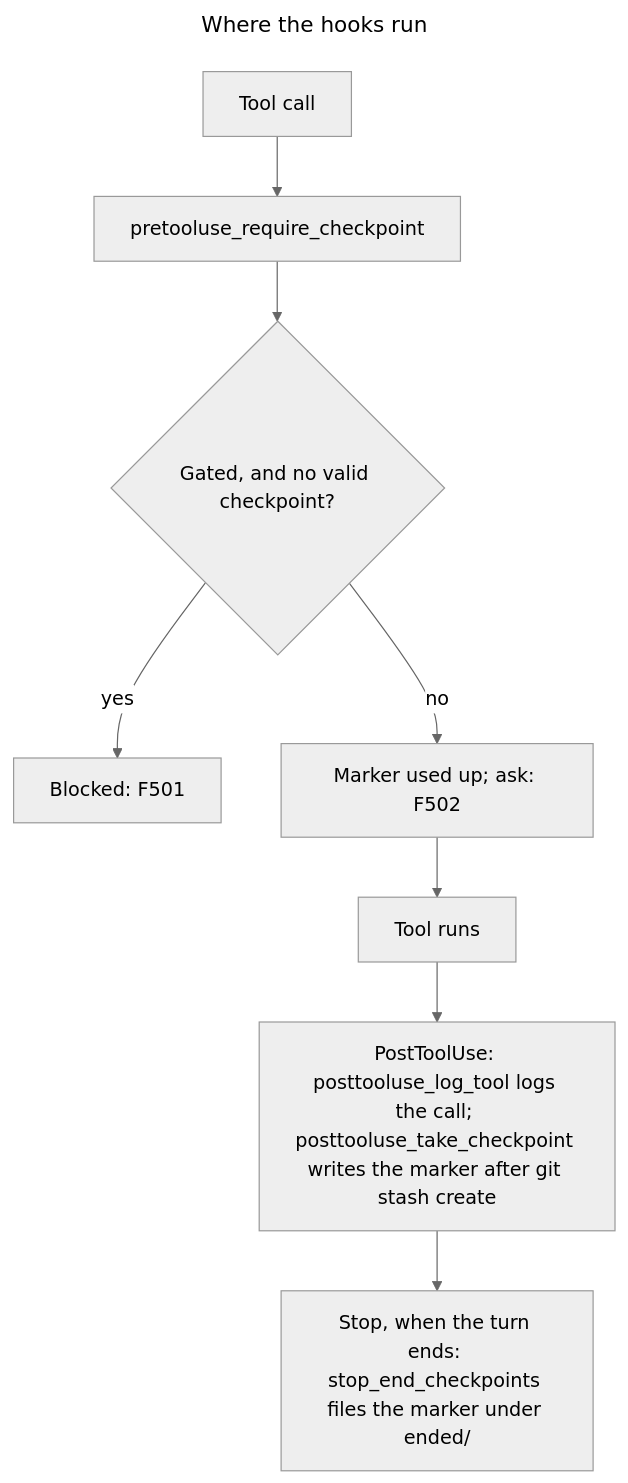
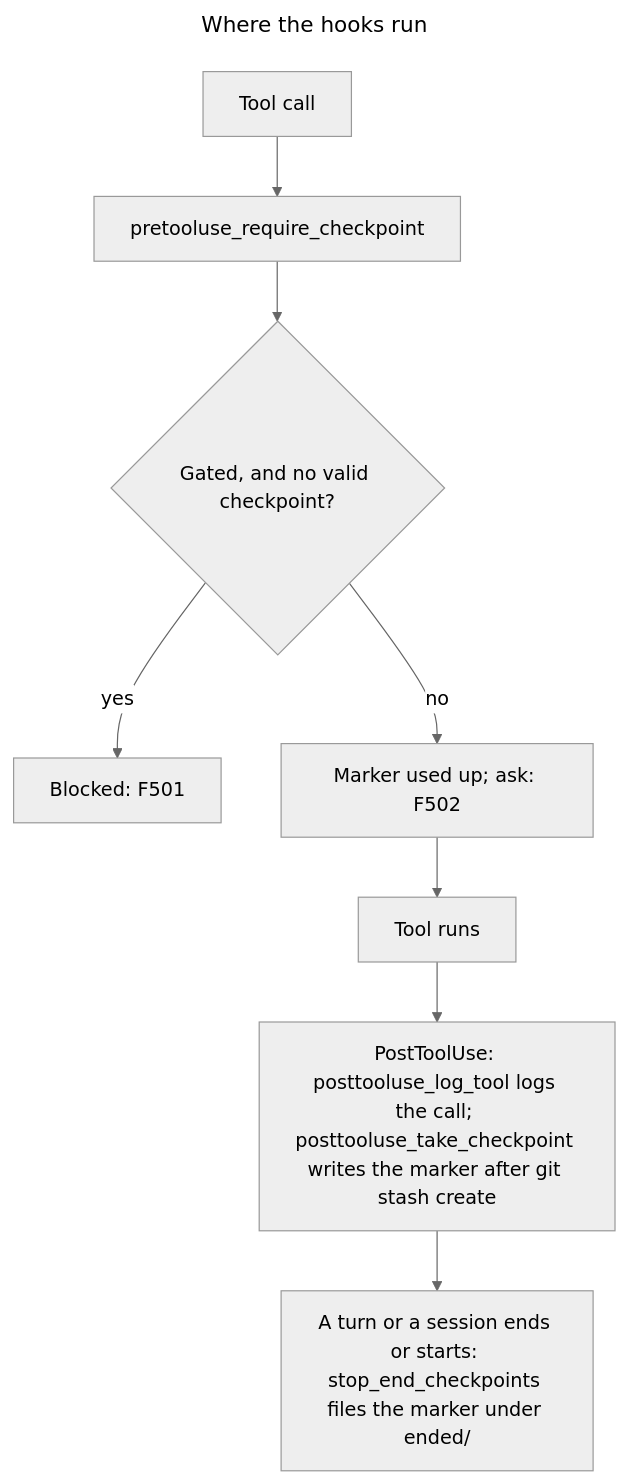
Before and after one commit to synaptiai/agent-capability-standard: the seventh of 7 diagrams in spec/SECURITY.md, drawn with Mermaid (neutral theme). The commit also changed other lines of this file and 23 other files, not shown here.

````diff
--- a/spec/SECURITY.md
+++ b/spec/SECURITY.md
@@ -338,14 +338,14 @@
 ```mermaid
 ---
 title: Where the hooks run
 ---
 flowchart TB
-  accDescr: Before a tool runs, pretooluse_require_checkpoint classifies the call, blocks a gated call without a checkpoint, uses the checkpoint up and asks for approval; after it runs, posttooluse_log_tool adds to the audit trail and posttooluse_take_checkpoint writes the marker after a successful git stash create; when a turn ends, stop_end_checkpoints ends the marker's validity and files it with the history a rollback reads.
+  accDescr: Before any tool runs, pretooluse_require_checkpoint classifies the call, blocks a gated call without a checkpoint, uses the checkpoint up and asks for approval; after it runs, posttooluse_log_tool adds to the audit trail and posttooluse_take_checkpoint writes the marker after a successful git stash create; when a turn or a session ends or starts, stop_end_checkpoints ends the marker's validity and files it with the history a rollback reads.
   call[Tool call] --> hook[pretooluse_require_checkpoint]
   hook --> pre{"Gated, and no valid checkpoint?"}
   pre -->|yes| block["Blocked: F501"]
   pre -->|no| ask["Marker used up; ask: F502"]
   ask --> run[Tool runs]
   run --> post["PostToolUse: posttooluse_log_tool logs the call; posttooluse_take_checkpoint writes the marker after git stash create"]
-  post --> stop["Stop, when the turn ends: stop_end_checkpoints files the marker under ended/"]
+  post --> stop["A turn or a session ends or starts: stop_end_checkpoints files the marker under ended/"]
 ```
````
